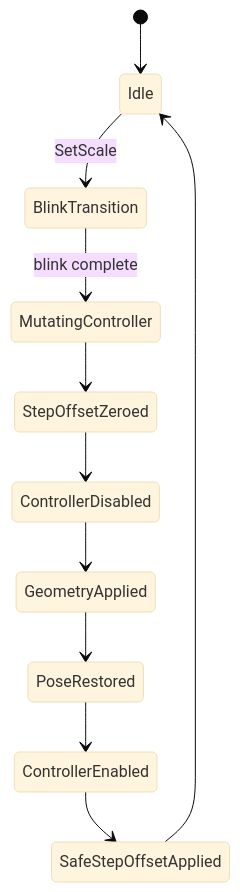
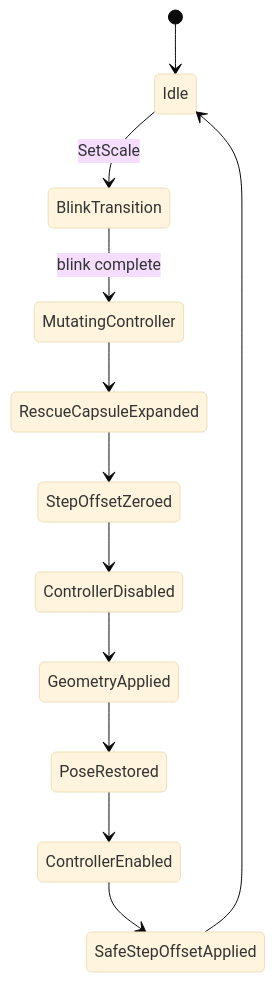
Before and after one commit to fury471/WONDERFULWORLD-VR: the diagram in Docs/ScaleShiftCharacterControllerFlow.md, drawn with Mermaid (base theme). The commit also changed other lines of this file and 1 other file, not shown here.

Commit message:
Rescue invalid controller before scale shift

````diff
--- a/Docs/ScaleShiftCharacterControllerFlow.md
+++ b/Docs/ScaleShiftCharacterControllerFlow.md
@@ -18,13 +20,14 @@
 ```mermaid
 stateDiagram-v2
     [*] --> Idle
     Idle --> BlinkTransition: SetScale
     BlinkTransition --> MutatingController: blink complete
-    MutatingController --> StepOffsetZeroed
+    MutatingController --> RescueCapsuleExpanded
+    RescueCapsuleExpanded --> StepOffsetZeroed
     StepOffsetZeroed --> ControllerDisabled
     ControllerDisabled --> GeometryApplied
     GeometryApplied --> PoseRestored
     PoseRestored --> ControllerEnabled
     ControllerEnabled --> SafeStepOffsetApplied
     SafeStepOffsetApplied --> Idle
 ```
````
